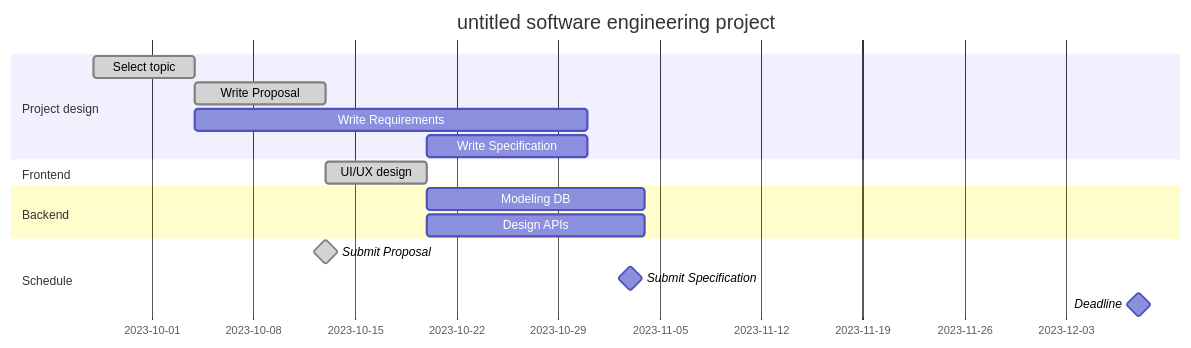
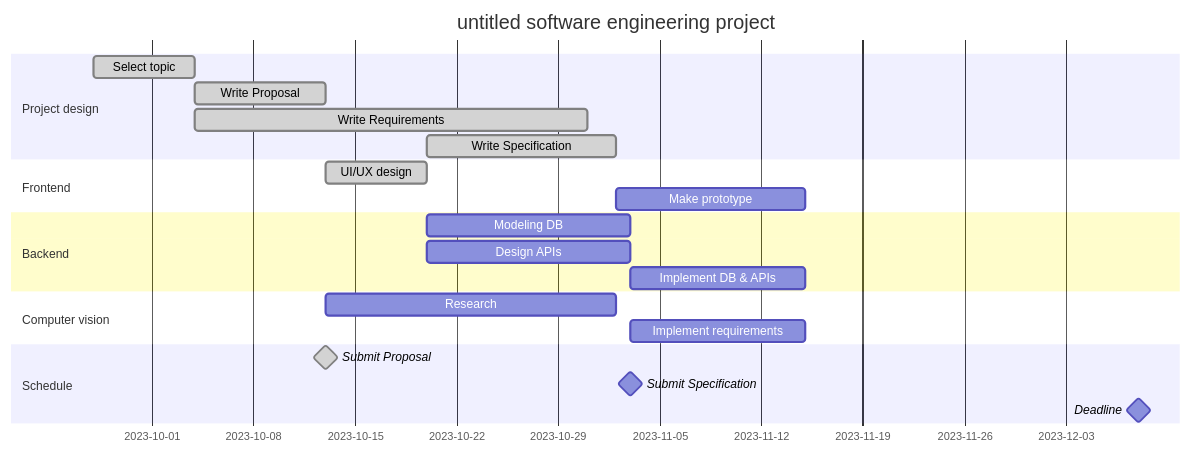
The diagram in profile/README.md (se-tmp/.github), drawn with Mermaid before and after one commit. The commit also changed other lines of this file, not shown here.

````diff
--- a/profile/README.md
+++ b/profile/README.md
@@ -7,25 +7,29 @@
 ```mermaid
 gantt
     title untitled software engineering project
     dateFormat  YYYY-MM-DD
 
     section Project design
         Select topic            :done,                2023-09-27, 2023-10-04
         Write Proposal          :done,                2023-10-04, 2023-10-13
-        Write Requirements      :                     2023-10-04, 2023-10-31
-        Write Specification     :                     2023-10-20, 2023-10-31
+        Write Requirements      :done,                2023-10-04, 2023-10-31
+        Write Specification     :done,                2023-10-20, 2023-11-02
 
     section Frontend
         UI/UX design            :done,                2023-10-13, 2023-10-20
+        Make prototype          :                     2023-11-02, 2023-11-15
         
     section Backend
-        Modeling DB             :                     2023-10-20, 2023-11-04    
-        Design APIs             :                     2023-10-20, 2023-11-04
+        Modeling DB             :                     2023-10-20, 2023-11-03    
+        Design APIs             :                     2023-10-20, 2023-11-03
+        Implement DB & APIs     :                     2023-11-03, 2023-11-15
 
     section Computer vision
+        Research                :                     2023-10-13, 2023-11-02
+        Implement requirements  :                     2023-11-03, 2023-11-15
 
     section Schedule
         Submit Proposal         :milestone, done,     2023-10-13, 2023-10-13
         Submit Specification    :milestone,           2023-11-03, 2023-11-03
         Deadline                :milestone,           2023-12-08, 2023-12-08
 ```
````
